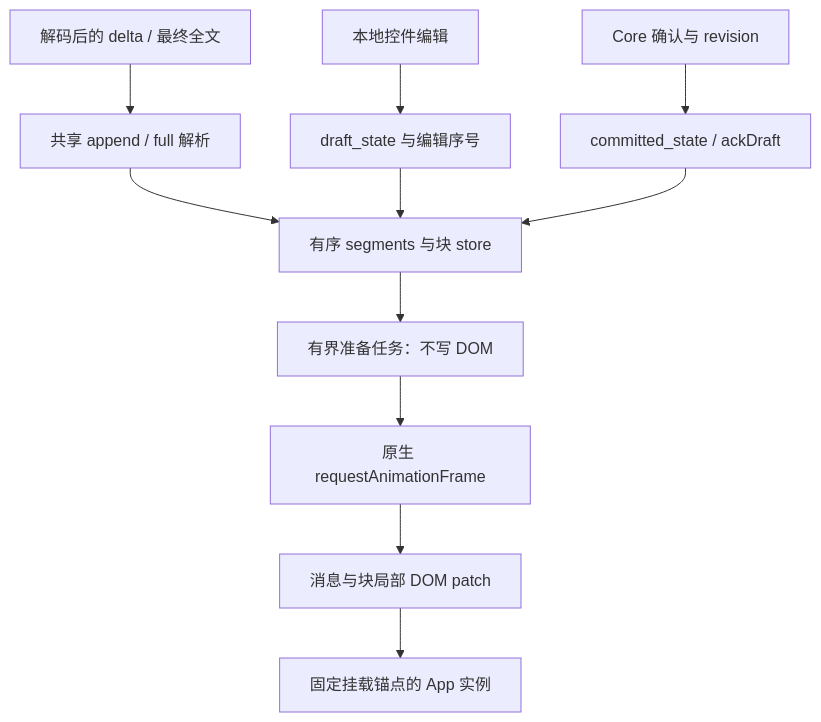
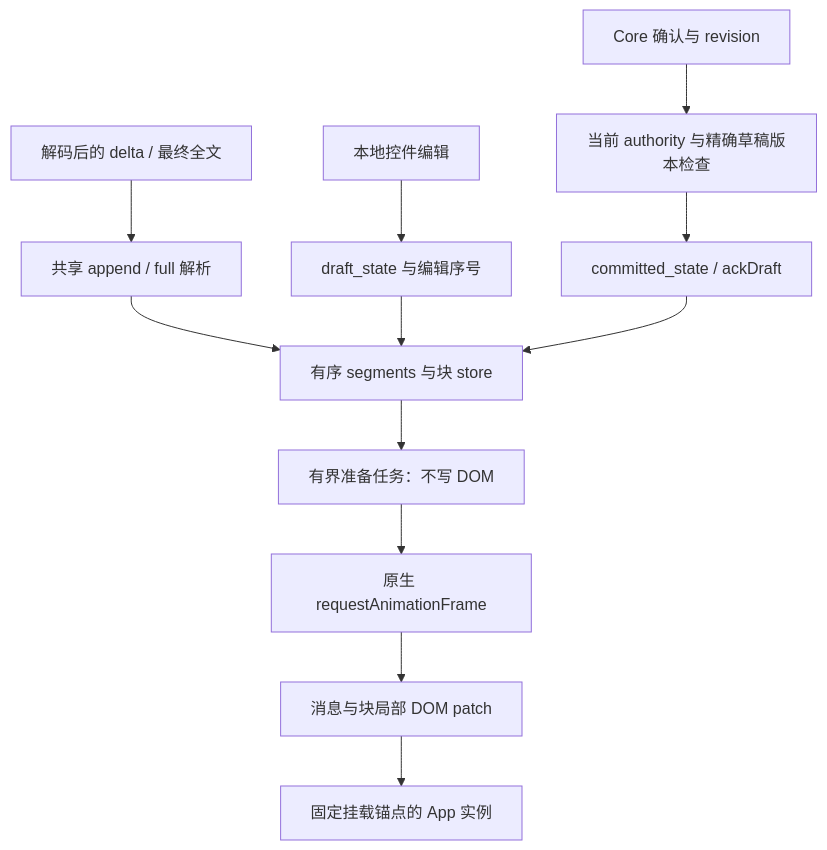
Before and after one commit to mor765504-gif/MGRS: the second of 2 diagrams in docs/003-context-and-memory.md, drawn with Mermaid. The commit also changed other lines of this file and 7 other files, not shown here.

````diff
--- a/docs/003-context-and-memory.md
+++ b/docs/003-context-and-memory.md
@@ -95,13 +95,14 @@
 ```mermaid
 flowchart TD
     Delta["解码后的 delta / 最终全文"] --> Parser["共享 append / full 解析"]
     Parser --> Store["有序 segments 与块 store"]
     Edit["本地控件编辑"] --> Draft["draft_state 与编辑序号"]
     Draft --> Store
-    Core["Core 确认与 revision"] --> Commit["committed_state / ackDraft"]
+    Core["Core 确认与 revision"] --> Fence["当前 authority 与精确草稿版本检查"]
+    Fence --> Commit["committed_state / ackDraft"]
     Commit --> Store
     Store --> Prepare["有界准备任务：不写 DOM"]
     Prepare --> Frame["原生 requestAnimationFrame"]
     Frame --> Patch["消息与块局部 DOM patch"]
     Patch --> App["固定挂载锚点的 App 实例"]
 ```
````
